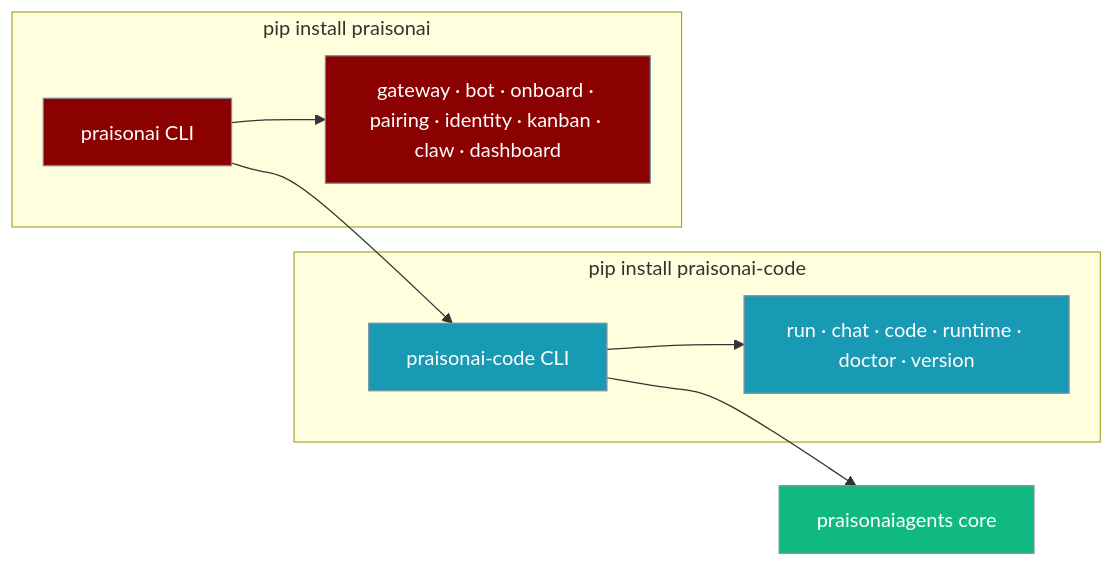
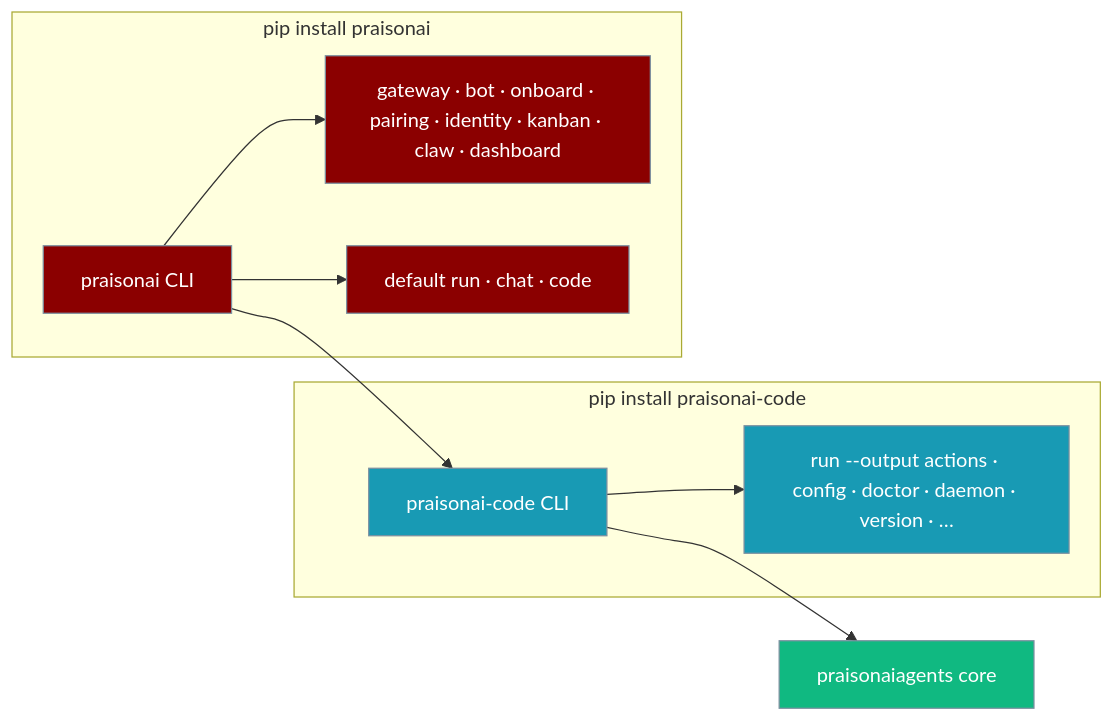
One commit to MervinPraison/PraisonAIDocs changed the first of 3 diagrams in docs/features/praisonai-code-cli.mdx. Above: the diagram before and after it, drawn with Mermaid. The commit also changed other lines of this file and 7 other files, not shown here.

````diff
--- a/docs/features/praisonai-code-cli.mdx
+++ b/docs/features/praisonai-code-cli.mdx
@@ -22,18 +22,19 @@
 ```mermaid
 graph LR
     subgraph pip_code["pip install praisonai-code"]
-        A[praisonai-code CLI] --> A1[run · chat · code · runtime · doctor · version]
+        A[praisonai-code CLI] --> A1[run --output actions · config · doctor · daemon · version · …]
     end
     subgraph pip_wrapper["pip install praisonai"]
         B[praisonai CLI] --> B1[gateway · bot · onboard · pairing · identity · kanban · claw · dashboard]
+        B --> B2[default run · chat · code]
         B --> A
     end
     A --> C[praisonaiagents core]
 
     classDef code fill:#189AB4,stroke:#7C90A0,color:#fff
     classDef wrapper fill:#8B0000,stroke:#7C90A0,color:#fff
     classDef core fill:#10B981,stroke:#7C90A0,color:#fff
     class A,A1 code
-    class B,B1 wrapper
+    class B,B1,B2 wrapper
     class C core
 ```
````
